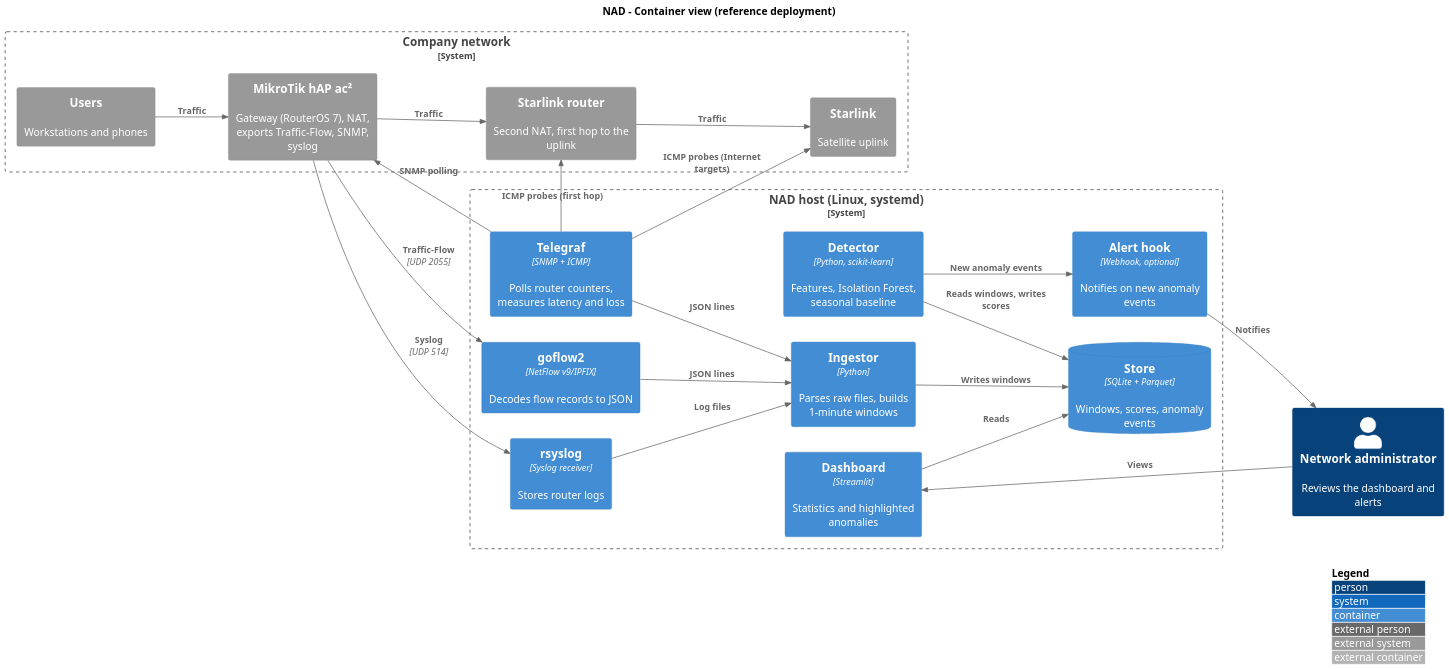
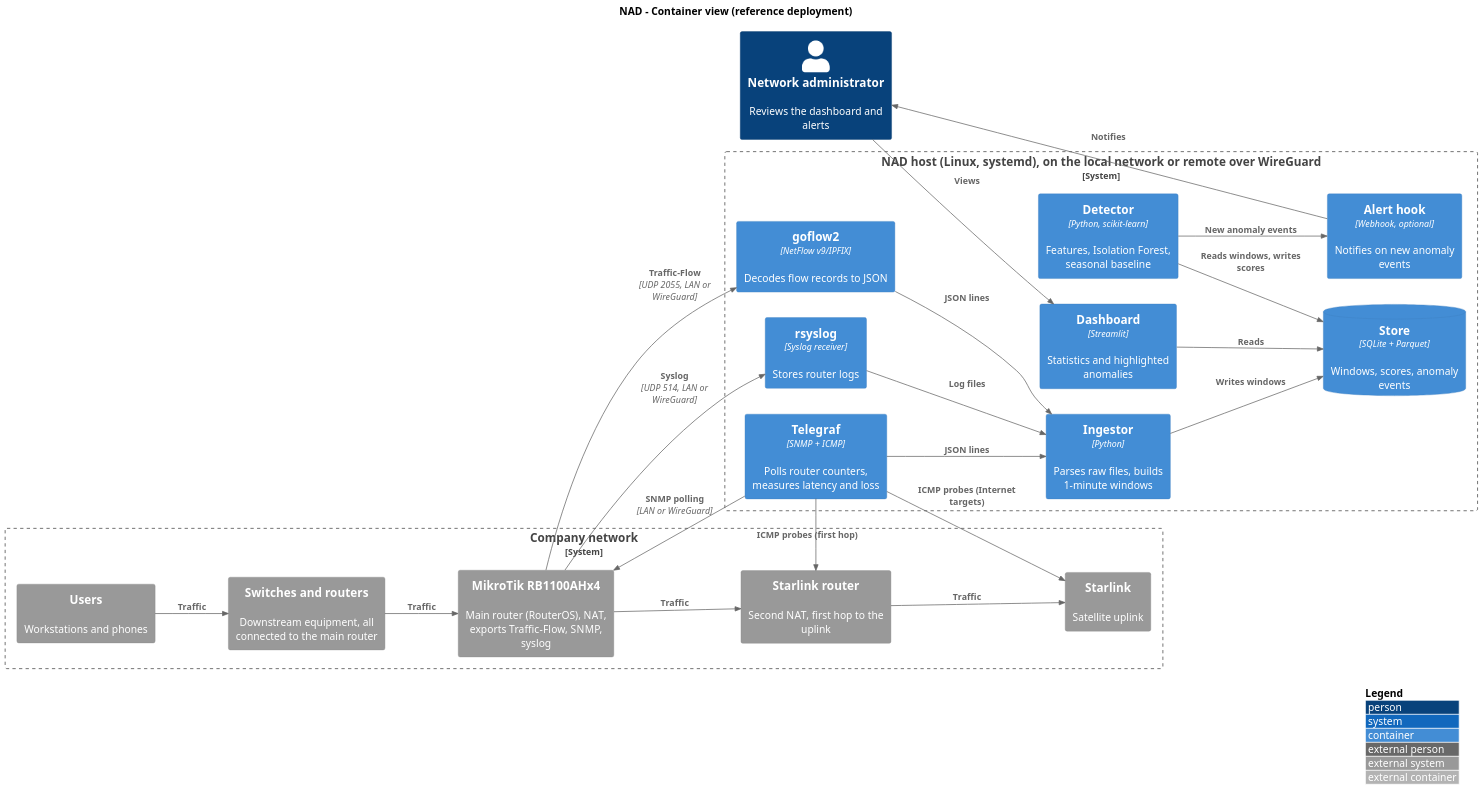
The diagram in docs/diagrams/nad-containers.puml (RStephanH/NAD), drawn with PlantUML before and after one commit. The commit also changed 10 other files, not shown here.

First line of the commit message:
docs: document VPS-hosted NAD architecture over WireGuard

```diff
--- a/docs/diagrams/nad-containers.puml
+++ b/docs/diagrams/nad-containers.puml
@@ -1,49 +1,51 @@
 @startuml nad-containers
 !include <C4/C4_Container>
 LAYOUT_LEFT_RIGHT()
 LAYOUT_WITH_LEGEND()
 skinparam dpi 150
 
 title NAD - Container view (reference deployment)
 
 Person(admin, "Network administrator", "Reviews the dashboard and alerts")
 
 System_Boundary(site, "Company network") {
   System_Ext(users, "Users", "Workstations and phones")
-  System_Ext(gateway, "MikroTik hAP ac²", "Gateway (RouterOS 7), NAT, exports Traffic-Flow, SNMP, syslog")
+  System_Ext(lan, "Switches and routers", "Downstream equipment, all connected to the main router")
+  System_Ext(gateway, "MikroTik RB1100AHx4", "Main router (RouterOS), NAT, exports Traffic-Flow, SNMP, syslog")
   System_Ext(slrouter, "Starlink router", "Second NAT, first hop to the uplink")
   System_Ext(uplink, "Starlink", "Satellite uplink")
 }
 
-System_Boundary(nad, "NAD host (Linux, systemd)") {
+System_Boundary(nad, "NAD host (Linux, systemd), on the local network or remote over WireGuard") {
   Container(telegraf, "Telegraf", "SNMP + ICMP", "Polls router counters, measures latency and loss")
   Container(goflow, "goflow2", "NetFlow v9/IPFIX", "Decodes flow records to JSON")
   Container(rsyslog, "rsyslog", "Syslog receiver", "Stores router logs")
   Container(ingest, "Ingestor", "Python", "Parses raw files, builds 1-minute windows")
   ContainerDb(store, "Store", "SQLite + Parquet", "Windows, scores, anomaly events")
   Container(detector, "Detector", "Python, scikit-learn", "Features, Isolation Forest, seasonal baseline")
   Container(dashboard, "Dashboard", "Streamlit", "Statistics and highlighted anomalies")
   Container(alerts, "Alert hook", "Webhook, optional", "Notifies on new anomaly events")
 }
 
-Rel(users, gateway, "Traffic")
+Rel(users, lan, "Traffic")
+Rel(lan, gateway, "Traffic")
 Rel(gateway, slrouter, "Traffic")
 Rel(slrouter, uplink, "Traffic")
 
-Rel(telegraf, gateway, "SNMP polling")
+Rel(telegraf, gateway, "SNMP polling", "LAN or WireGuard")
 Rel(telegraf, slrouter, "ICMP probes (first hop)")
 Rel(telegraf, uplink, "ICMP probes (Internet targets)")
-Rel(gateway, goflow, "Traffic-Flow", "UDP 2055")
-Rel(gateway, rsyslog, "Syslog", "UDP 514")
+Rel(gateway, goflow, "Traffic-Flow", "UDP 2055, LAN or WireGuard")
+Rel(gateway, rsyslog, "Syslog", "UDP 514, LAN or WireGuard")
 
 Rel(telegraf, ingest, "JSON lines")
 Rel(goflow, ingest, "JSON lines")
 Rel(rsyslog, ingest, "Log files")
 Rel(ingest, store, "Writes windows")
 Rel(detector, store, "Reads windows, writes scores")
 Rel(dashboard, store, "Reads")
 Rel(detector, alerts, "New anomaly events")
 
 Rel(admin, dashboard, "Views")
 Rel(alerts, admin, "Notifies")
 @enduml
```
